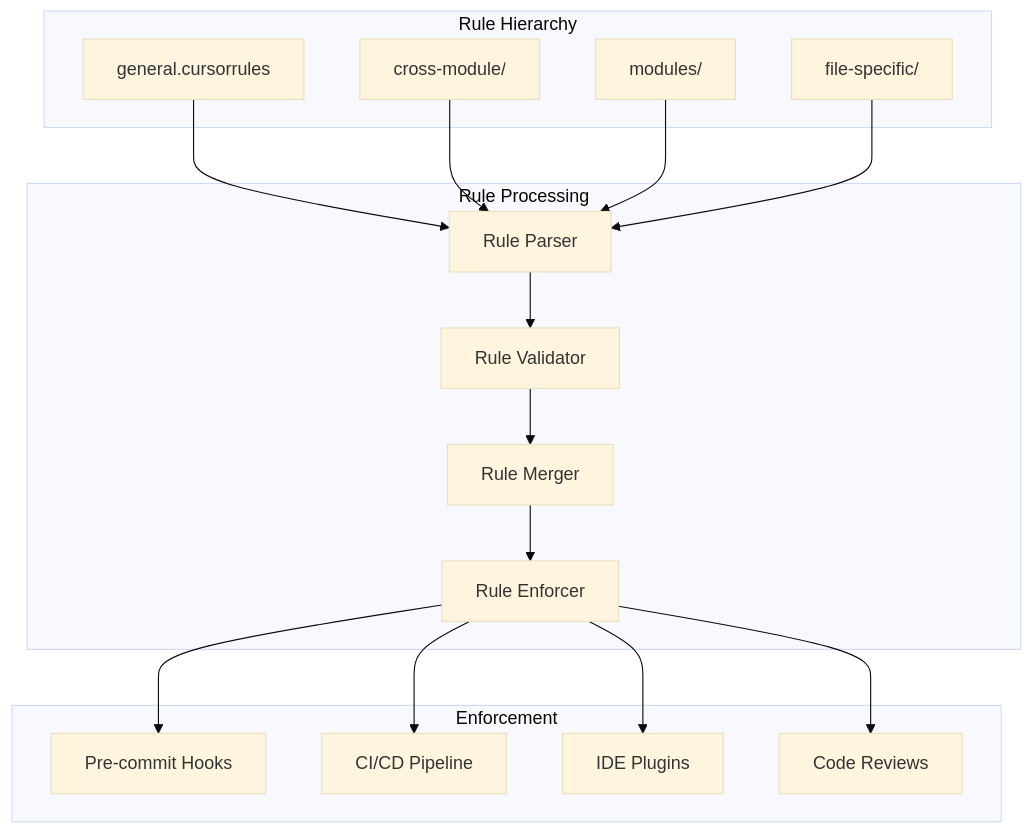
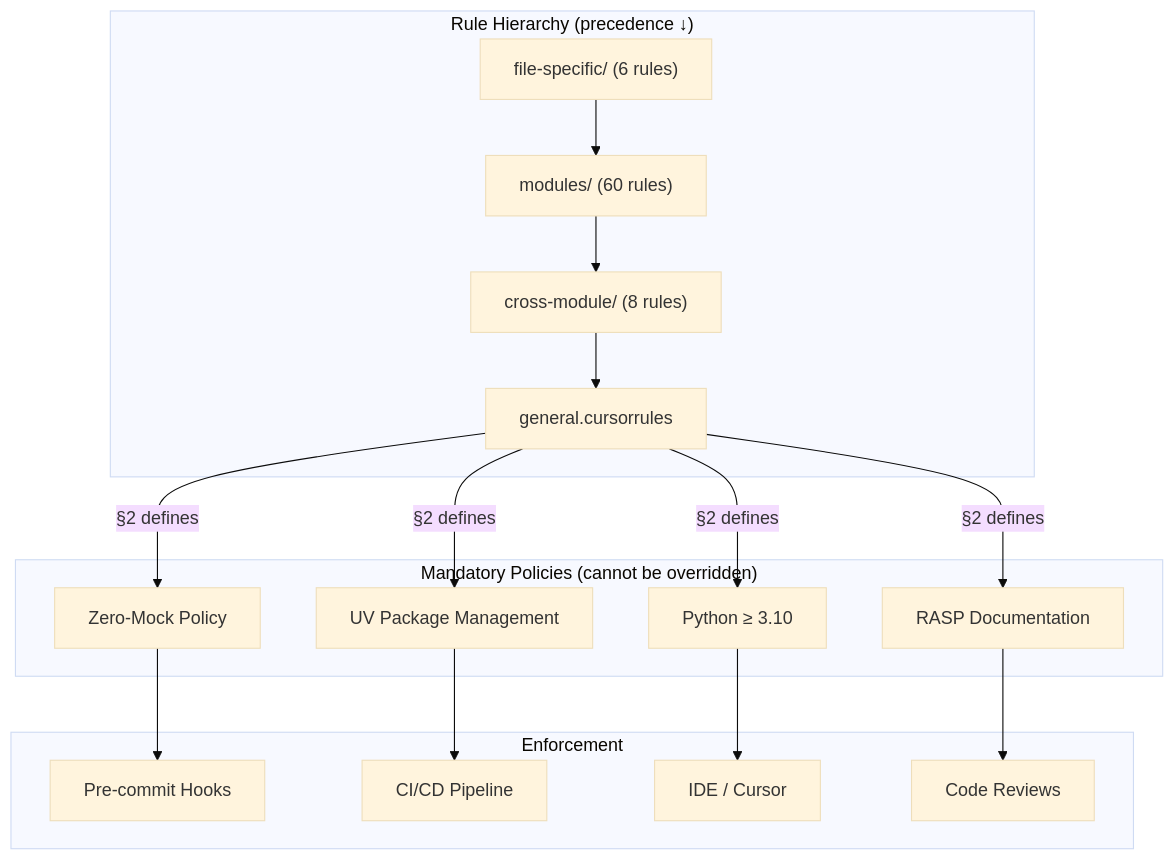
One commit to docxology/codomyrmex changed the diagram in cursorrules/SPEC.md. Above: the diagram before and after it, drawn with Mermaid (base theme). The commit also changed other lines of this file and 87 other files, not shown here.

````diff
--- a/cursorrules/SPEC.md
+++ b/cursorrules/SPEC.md
@@ -49,37 +55,35 @@
 ```mermaid
 graph TD
-    subgraph "Rule Hierarchy"
-        General[general.cursorrules]
-        CrossModule[cross-module/]
-        Modules[modules/]
-        FileSpecific[file-specific/]
+    subgraph "Rule Hierarchy (precedence ↓)"
+        FileSpecific["file-specific/ (6 rules)"]
+        Modules["modules/ (60 rules)"]
+        CrossModule["cross-module/ (8 rules)"]
+        General["general.cursorrules"]
     end
 
-    subgraph "Rule Processing"
-        Parser[Rule Parser]
-        Validator[Rule Validator]
-        Merger[Rule Merger]
-        Enforcer[Rule Enforcer]
+    subgraph "Mandatory Policies (cannot be overridden)"
+        ZeroMock[Zero-Mock Policy]
+        UVOnly[UV Package Management]
+        RASP[RASP Documentation]
+        Python310["Python ≥ 3.10"]
     end
 
     subgraph "Enforcement"
         PreCommit[Pre-commit Hooks]
         CICD[CI/CD Pipeline]
-        IDE[IDE Plugins]
+        IDE[IDE / Cursor]
         Reviews[Code Reviews]
     end
 
-    General --> Parser
-    CrossModule --> Parser
-    Modules --> Parser
-    FileSpecific --> Parser
+    FileSpecific --> Modules --> CrossModule --> General
 
-    Parser --> Validator
-    Validator --> Merger
-    Merger --> Enforcer
+    General -- "§2 defines" --> ZeroMock
+    General -- "§2 defines" --> UVOnly
+    General -- "§2 defines" --> RASP
+    General -- "§2 defines" --> Python310
 
-    Enforcer --> PreCommit
-    Enforcer --> CICD
-    Enforcer --> IDE
-    Enforcer --> Reviews
+    ZeroMock --> PreCommit
+    UVOnly --> CICD
+    RASP --> Reviews
+    Python310 --> IDE
 ```
````
